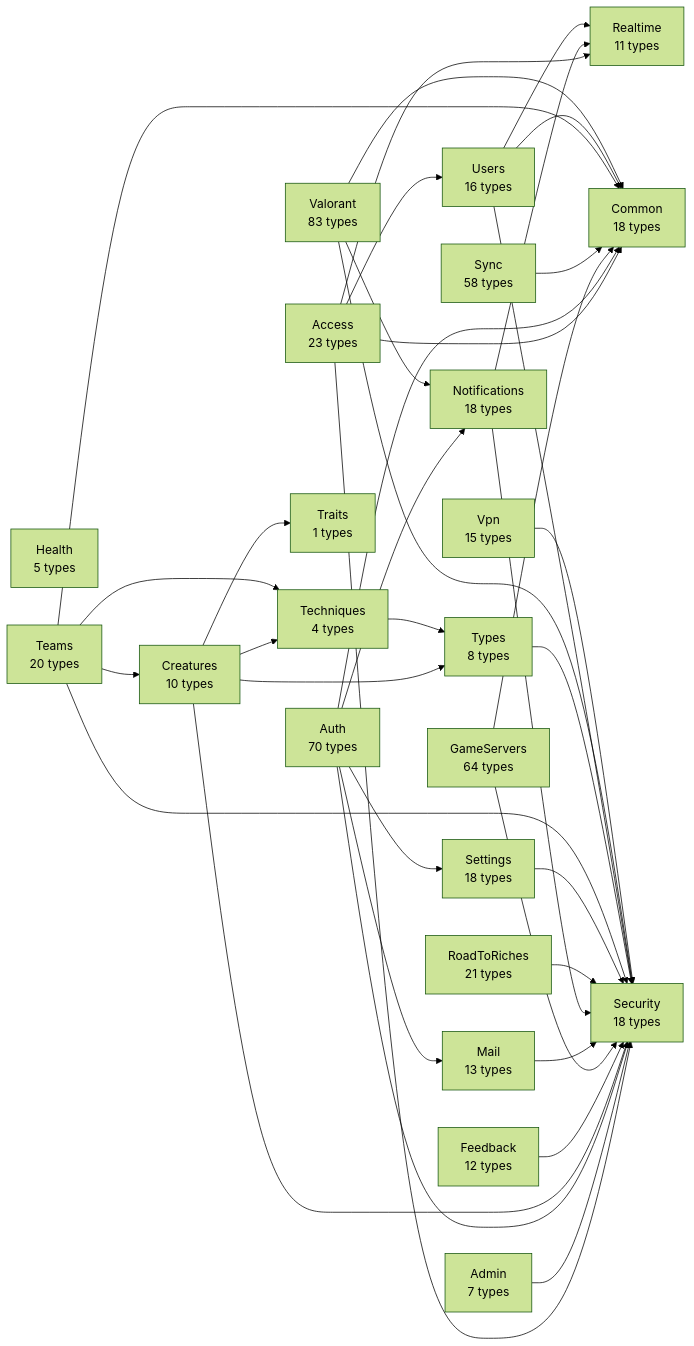
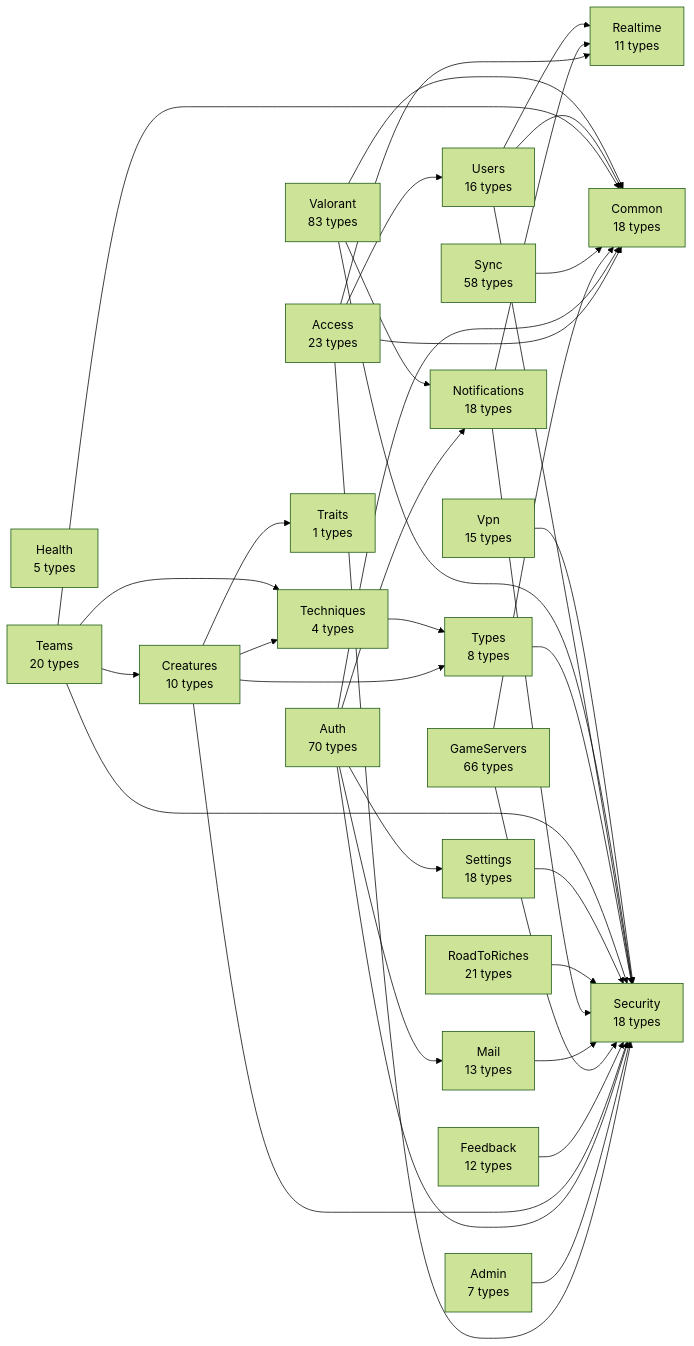
Before and after one commit to huiitre/Tools-app: the diagram in api/docs/diagrams/00-modules.md, drawn with Mermaid (forest theme). The commit also changed 14 other files, not shown here.

````diff
--- a/api/docs/diagrams/00-modules.md
+++ b/api/docs/diagrams/00-modules.md
@@ -5,61 +5,61 @@
 ```mermaid
 flowchart LR
   Access["Access<br/>23 types"]
   Admin["Admin<br/>7 types"]
   Auth["Auth<br/>70 types"]
   Common["Common<br/>18 types"]
   Creatures["Creatures<br/>10 types"]
   Feedback["Feedback<br/>12 types"]
-  GameServers["GameServers<br/>64 types"]
+  GameServers["GameServers<br/>66 types"]
   Health["Health<br/>5 types"]
   Mail["Mail<br/>13 types"]
   Notifications["Notifications<br/>18 types"]
   Realtime["Realtime<br/>11 types"]
   RoadToRiches["RoadToRiches<br/>21 types"]
   Security["Security<br/>18 types"]
   Settings["Settings<br/>18 types"]
   Sync["Sync<br/>58 types"]
   Teams["Teams<br/>20 types"]
   Techniques["Techniques<br/>4 types"]
   Traits["Traits<br/>1 types"]
   Types["Types<br/>8 types"]
   Users["Users<br/>16 types"]
   Valorant["Valorant<br/>83 types"]
   Vpn["Vpn<br/>15 types"]
   Access --> Common
   Access --> Realtime
   Access --> Security
   Access --> Users
   Admin --> Security
   Auth --> Common
   Auth --> Mail
   Auth --> Notifications
   Auth --> Security
   Auth --> Settings
   Creatures --> Security
   Creatures --> Techniques
   Creatures --> Traits
   Creatures --> Types
   Feedback --> Security
   GameServers --> Common
   GameServers --> Security
   Mail --> Security
   Notifications --> Realtime
   Notifications --> Security
   RoadToRiches --> Security
   Settings --> Security
   Sync --> Common
   Teams --> Common
   Teams --> Creatures
   Teams --> Security
   Teams --> Techniques
   Techniques --> Types
   Types --> Security
   Users --> Common
   Users --> Realtime
   Users --> Security
   Valorant --> Common
   Valorant --> Notifications
   Valorant --> Security
   Vpn --> Security
 ```
````
